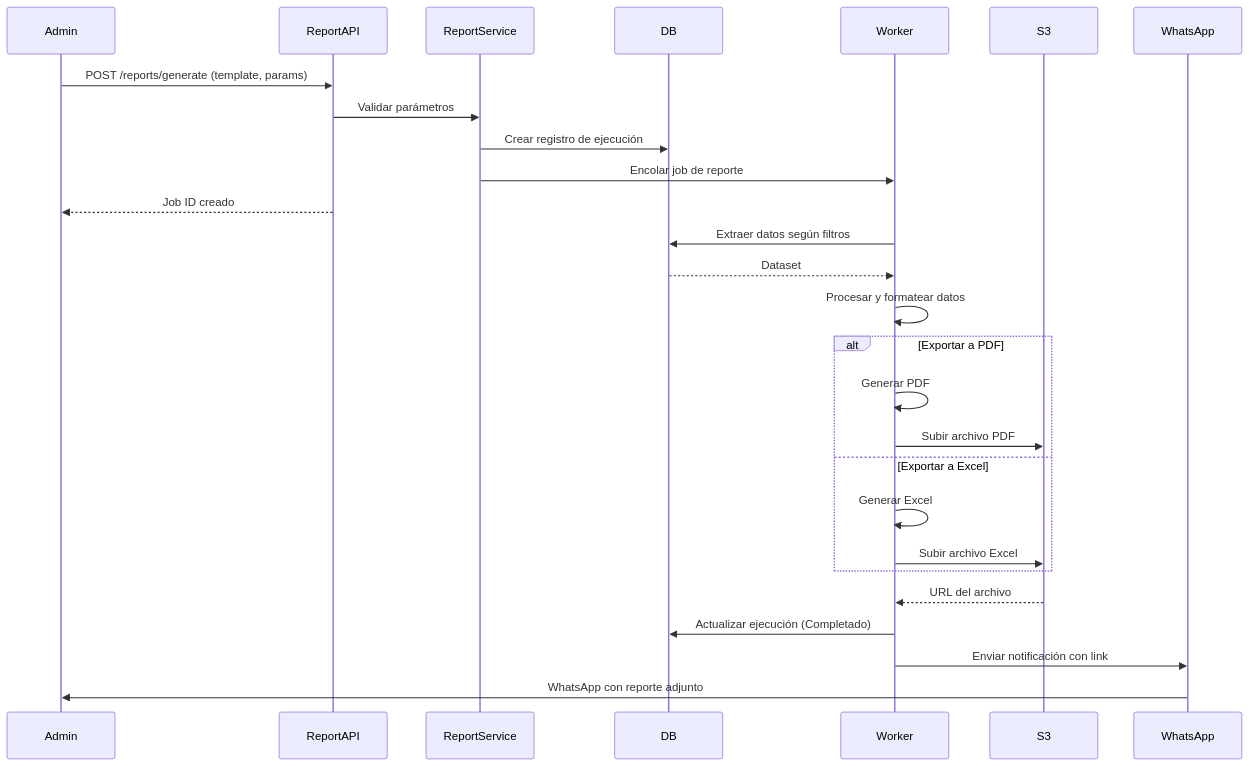
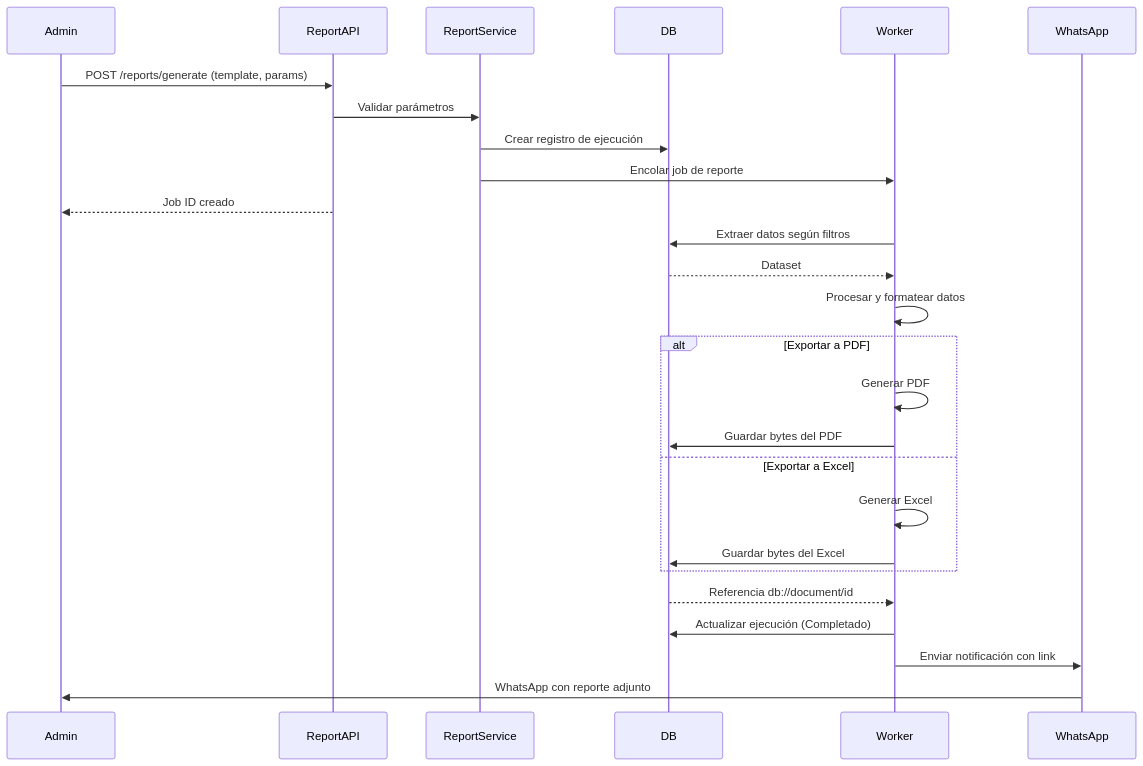
Before and after one commit to andrescastiglia/rent: the fifth of 14 diagrams in docs/technical/sequence.md, drawn with Mermaid. The commit also changed other lines of this file and 47 other files, not shown here.

````diff
--- a/docs/technical/sequence.md
+++ b/docs/technical/sequence.md
@@ -117,34 +117,33 @@
 ```mermaid
 sequenceDiagram
     participant Admin
     participant ReportAPI
     participant ReportService
     participant DB
     participant Worker
-    participant S3
     participant WhatsApp
 
     Admin->>ReportAPI: POST /reports/generate (template, params)
     ReportAPI->>ReportService: Validar parámetros
     ReportService->>DB: Crear registro de ejecución
     ReportService->>Worker: Encolar job de reporte
     ReportAPI-->>Admin: Job ID creado
 
     Worker->>DB: Extraer datos según filtros
     DB-->>Worker: Dataset
     
     Worker->>Worker: Procesar y formatear datos
     
     alt Exportar a PDF
         Worker->>Worker: Generar PDF
-        Worker->>S3: Subir archivo PDF
+        Worker->>DB: Guardar bytes del PDF
     else Exportar a Excel
         Worker->>Worker: Generar Excel
-        Worker->>S3: Subir archivo Excel
+        Worker->>DB: Guardar bytes del Excel
     end
     
-    S3-->>Worker: URL del archivo
+    DB-->>Worker: Referencia db://document/id
     Worker->>DB: Actualizar ejecución (Completado)
     Worker->>WhatsApp: Enviar notificación con link
     WhatsApp->>Admin: WhatsApp con reporte adjunto
 ```
````
